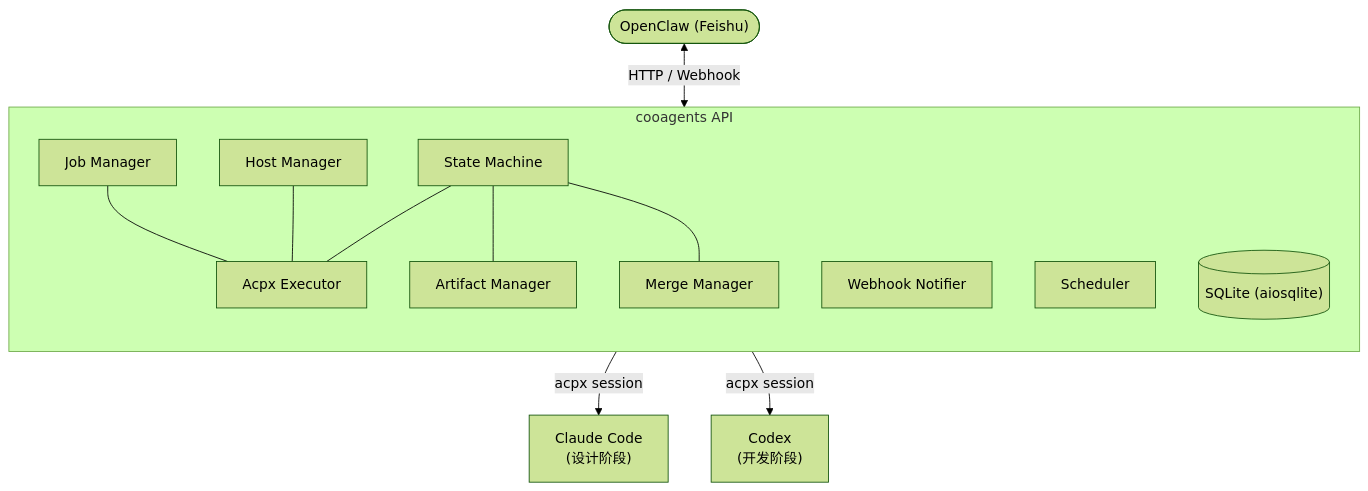
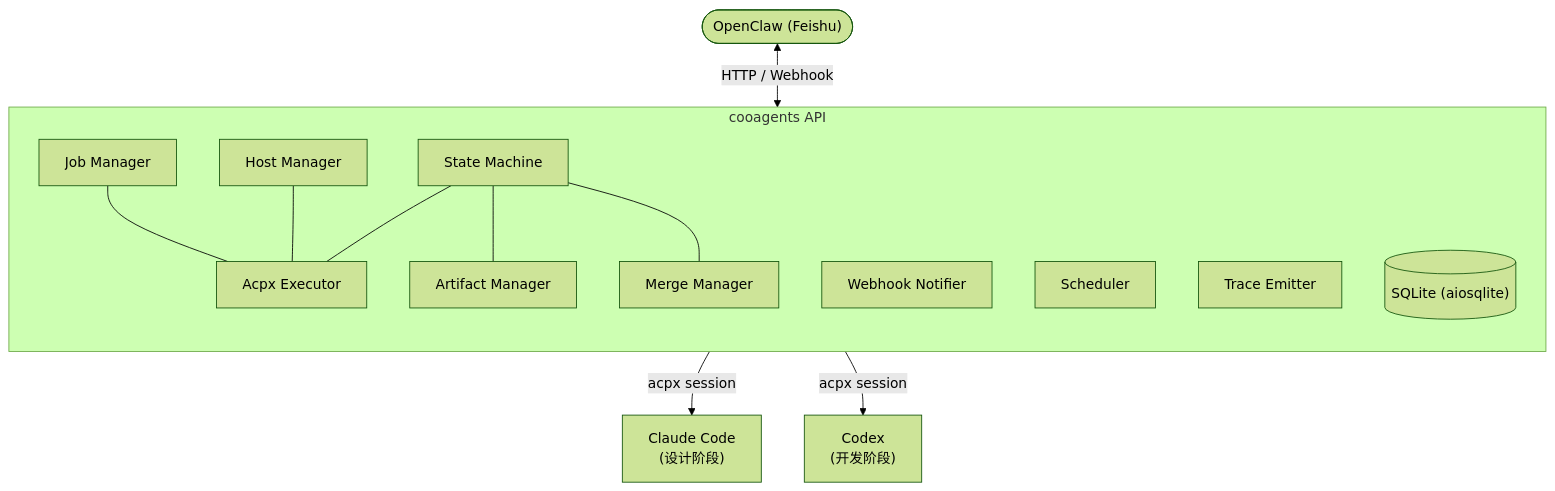
The second of 4 diagrams in README.md (vaxtomis/cooagents), drawn with Mermaid (forest theme) before and after one commit. The commit also changed other lines of this file and 4 other files, not shown here.

````diff
--- a/README.md
+++ b/README.md
@@ -46,19 +47,20 @@
 ```mermaid
 flowchart TB
     OC(["OpenClaw (Feishu)"]) <-->|"HTTP / Webhook"| APP
 
     subgraph APP["cooagents API"]
         direction TB
         SM["State Machine"] --- AE["Acpx Executor"]
         SM --- AM["Artifact Manager"]
         SM --- MM["Merge Manager"]
         HM["Host Manager"] --- AE
         JM["Job Manager"] --- AE
         WH["Webhook Notifier"]
         SCH["Scheduler"]
+        TE["Trace Emitter"]
         DB[("SQLite (aiosqlite)")]
     end
 
     AE -->|"acpx session"| CC["Claude Code\n(设计阶段)"]
     AE -->|"acpx session"| CX["Codex\n(开发阶段)"]
 ```
````
